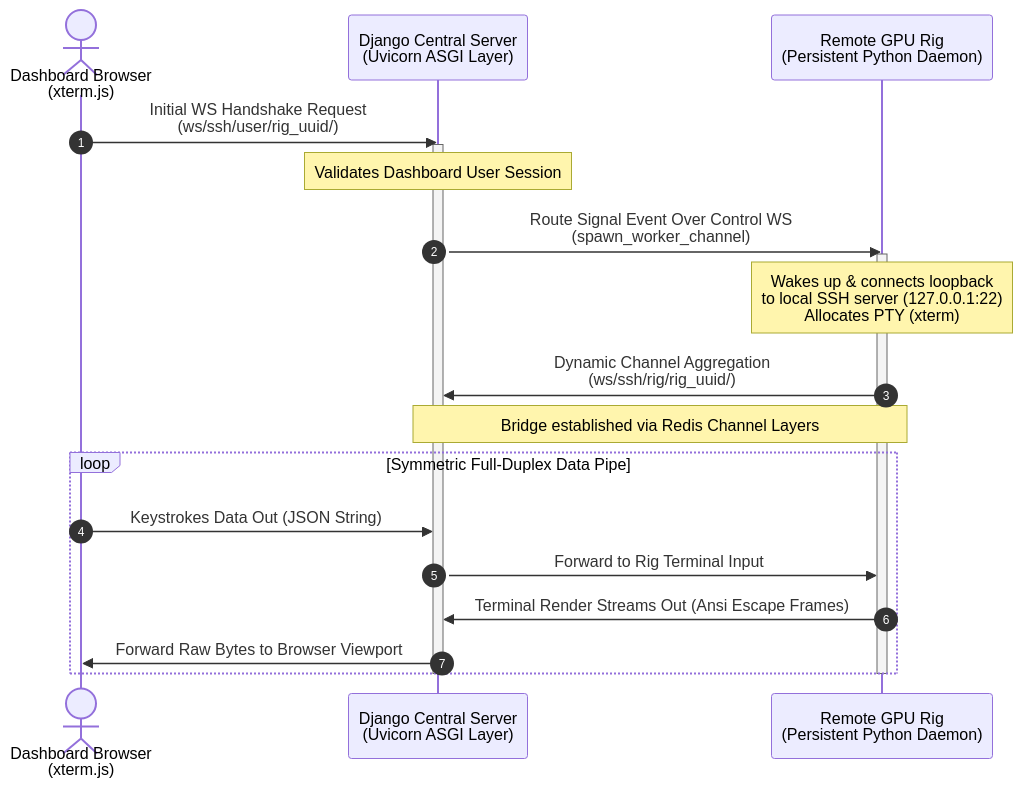
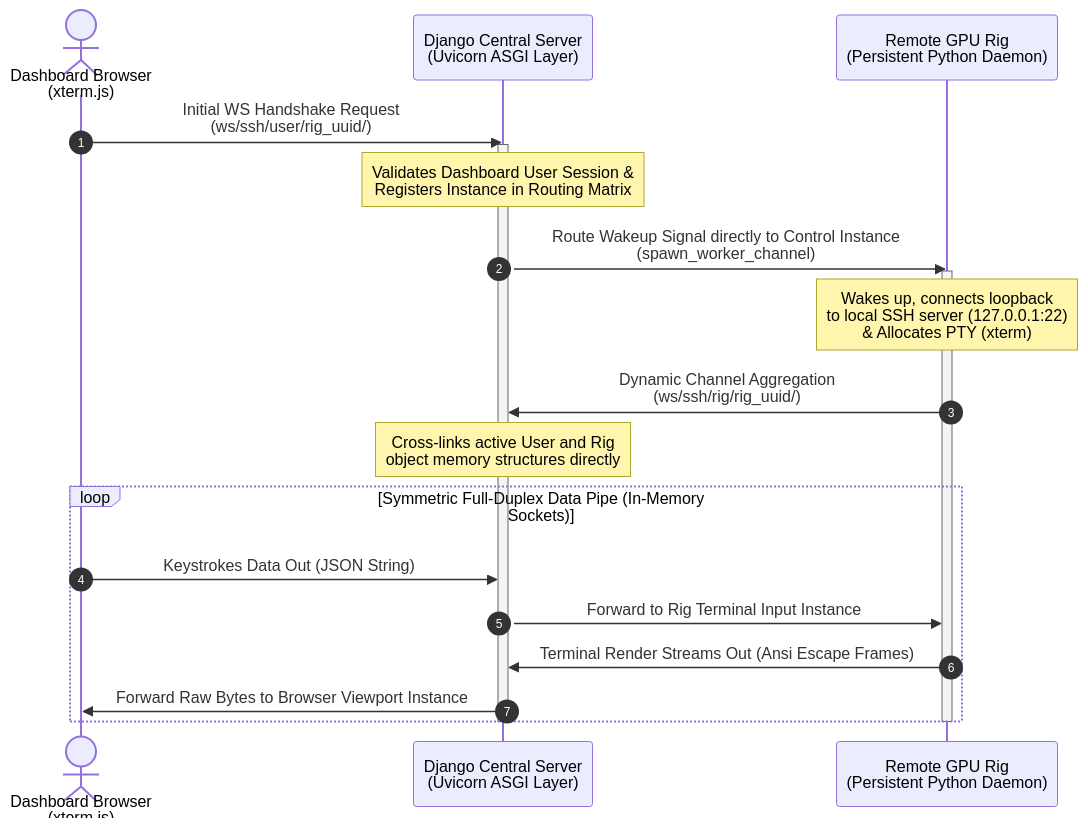
One commit to dawmro/GPU-Rig-Monitoring-Platform changed the diagram in docs/REMOTE_TERMINAL_IMPLEMENTATION.md. Above: the diagram before and after it, drawn with Mermaid. The commit also changed other lines of this file, not shown here.

````diff
--- a/docs/REMOTE_TERMINAL_IMPLEMENTATION.md
+++ b/docs/REMOTE_TERMINAL_IMPLEMENTATION.md
@@ -29,30 +32,30 @@
 ```mermaid
 sequenceDiagram
     autonumber
     actor User as Dashboard Browser<br/>(xterm.js)
     participant Server as Django Central Server<br/>(Uvicorn ASGI Layer)
     participant Rig as Remote GPU Rig<br/>(Persistent Python Daemon)
 
     User->>Server: Initial WS Handshake Request<br/>(ws/ssh/user/rig_uuid/)
     activate Server
-    Note over Server: Validates Dashboard User Session
+    Note over Server: Validates Dashboard User Session &<br/>Registers Instance in Routing Matrix
     
-    Server->>Rig: Route Signal Event Over Control WS<br/>(spawn_worker_channel)
+    Server->>Rig: Route Wakeup Signal directly to Control Instance<br/>(spawn_worker_channel)
     activate Rig
     
-    Note over Rig: Wakes up & connects loopback<br/>to local SSH server (127.0.0.1:22)<br/>Allocates PTY (xterm)
+    Note over Rig: Wakes up, connects loopback<br/>to local SSH server (127.0.0.1:22)<br/>& Allocates PTY (xterm)
     
     Rig->>Server: Dynamic Channel Aggregation<br/>(ws/ssh/rig/rig_uuid/)
     
-    Note over Server,Rig: Bridge established via Redis Channel Layers
+    Note over Server: Cross-links active User and Rig<br/>object memory structures directly
     
-    loop Symmetric Full-Duplex Data Pipe
+    loop Symmetric Full-Duplex Data Pipe (In-Memory Sockets)
         User->>Server: Keystrokes Data Out (JSON String)
-        Server->>Rig: Forward to Rig Terminal Input
+        Server->>Rig: Forward to Rig Terminal Input Instance
         Rig->>Server: Terminal Render Streams Out (Ansi Escape Frames)
-        Server->>User: Forward Raw Bytes to Browser Viewport
+        Server->>User: Forward Raw Bytes to Browser Viewport Instance
     end
     
     deactivate Rig
     deactivate Server
 ```
````
